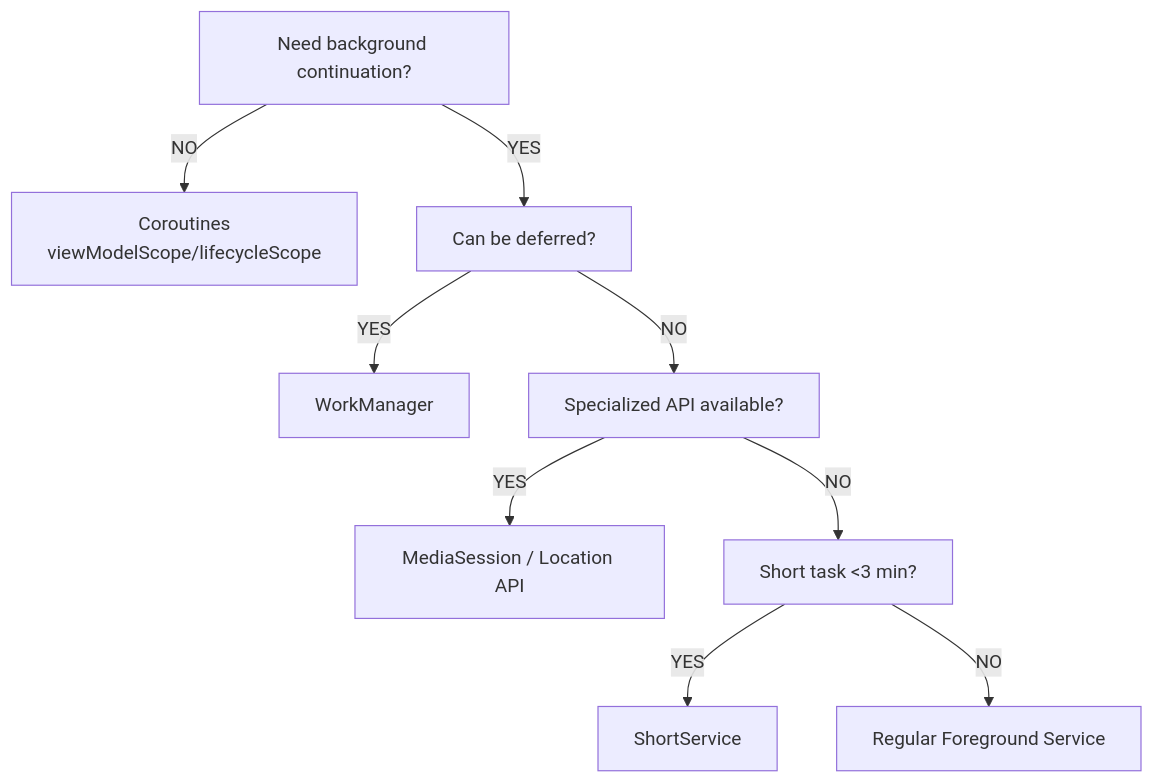
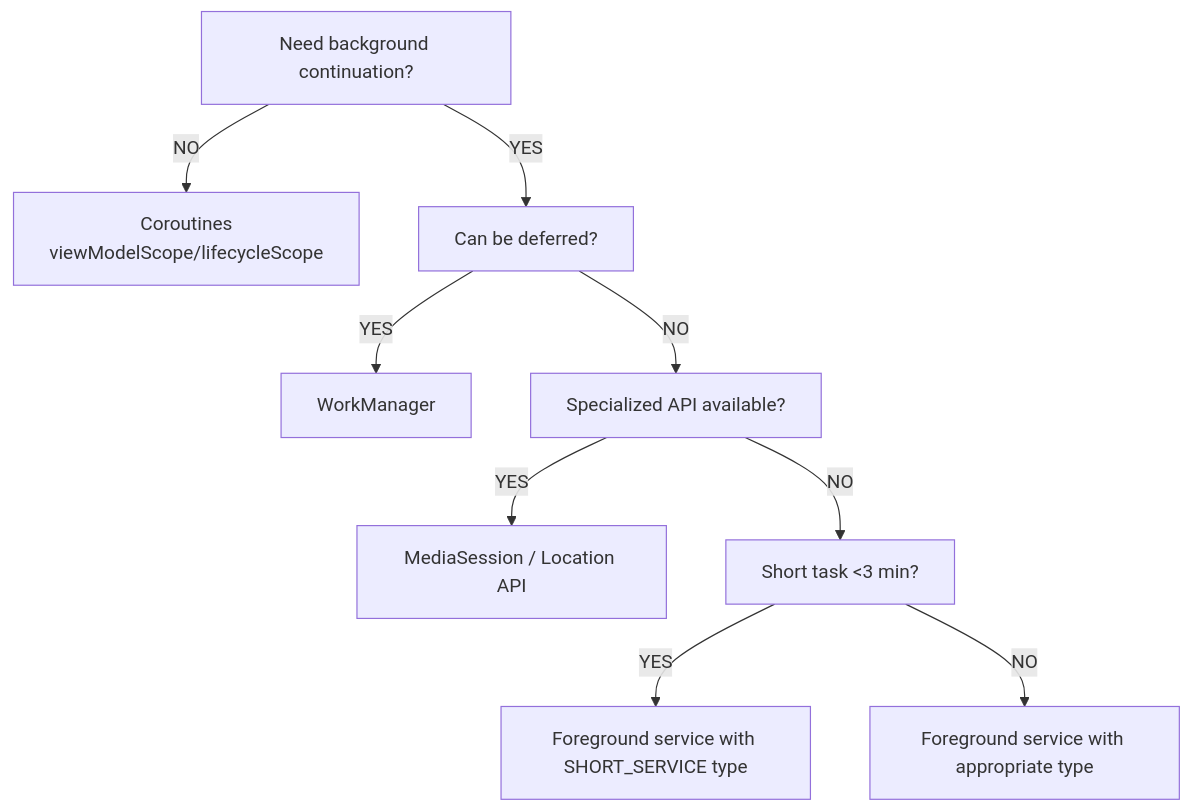
The second of 2 diagrams in InterviewQuestions/40-Android/q-background-tasks-decision-guide--android--medium.md (po4yka/interview_questions), drawn with Mermaid before and after one commit. The commit also changed other lines of this file and 555 other files, not shown here.

````diff
--- a/InterviewQuestions/40-Android/q-background-tasks-decision-guide--android--medium.md
+++ b/InterviewQuestions/40-Android/q-background-tasks-decision-guide--android--medium.md
@@ -128,11 +128,11 @@
 ```mermaid
 flowchart TD
     Start[Need background continuation?] -->|NO| Coroutines[Coroutines<br/>viewModelScope/lifecycleScope]
     Start -->|YES| Deferrable[Can be deferred?]
     Deferrable -->|YES| WorkManager[WorkManager]
     Deferrable -->|NO| SpecializedAPI[Specialized API available?]
     SpecializedAPI -->|YES| Specialized[MediaSession / Location API]
     SpecializedAPI -->|NO| ShortTask[Short task <3 min?]
-    ShortTask -->|YES| ShortService[ShortService]
-    ShortTask -->|NO| ForegroundService[Regular Foreground Service]
+    ShortTask -->|YES| ShortService[Foreground service with SHORT_SERVICE type]
+    ShortTask -->|NO| ForegroundService[Foreground service with appropriate type]
 ```
````
